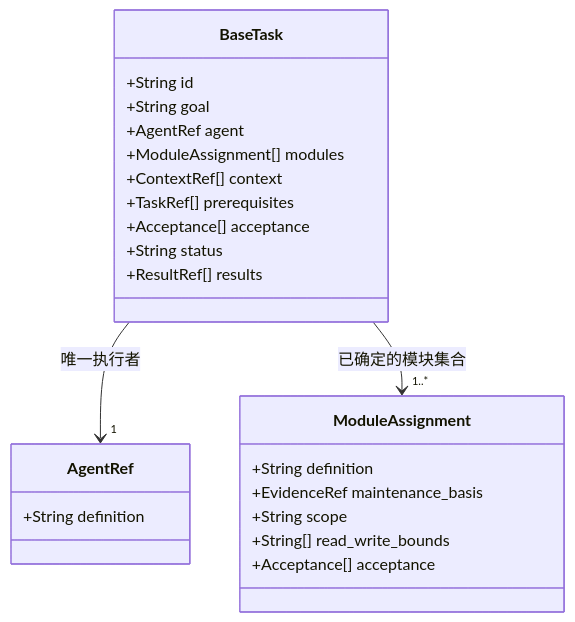
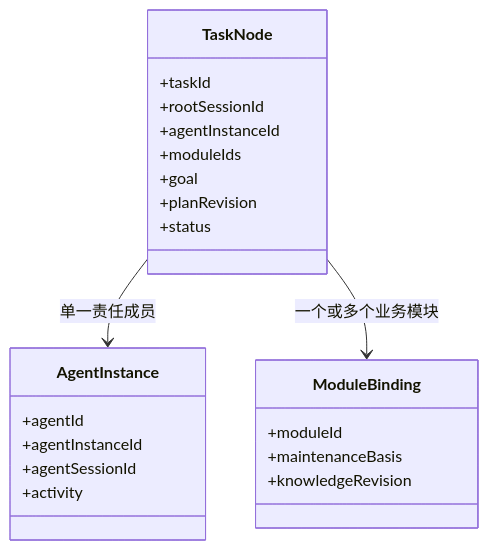
Before and after one commit to nan023062/cbim: the diagram in design/task/base-task.md, drawn with Mermaid. The commit also changed other lines of this file and 211 other files, not shown here.

````diff
--- a/design/task/base-task.md
+++ b/design/task/base-task.md
@@ -9,27 +9,25 @@
 ```mermaid
 classDiagram
-    direction TB
-    class BaseTask {
-        +String id
-        +String goal
-        +AgentRef agent
-        +ModuleAssignment[] modules
-        +ContextRef[] context
-        +TaskRef[] prerequisites
-        +Acceptance[] acceptance
-        +String status
-        +ResultRef[] results
+    class TaskNode {
+        +taskId
+        +rootSessionId
+        +agentInstanceId
+        +moduleIds
+        +goal
+        +planRevision
+        +status
     }
-    class AgentRef {
-        +String definition
+    class AgentInstance {
+        +agentId
+        +agentInstanceId
+        +agentSessionId
+        +activity
     }
-    class ModuleAssignment {
-        +String definition
-        +EvidenceRef maintenance_basis
-        +String scope
-        +String[] read_write_bounds
-        +Acceptance[] acceptance
+    class ModuleBinding {
+        +moduleId
+        +maintenanceBasis
+        +knowledgeRevision
     }
-    BaseTask --> "1" AgentRef : 唯一执行者
-    BaseTask --> "1..*" ModuleAssignment : 已确定的模块集合
+    TaskNode --> AgentInstance : 单一责任成员
+    TaskNode --> ModuleBinding : 一个或多个业务模块
 ```
````
